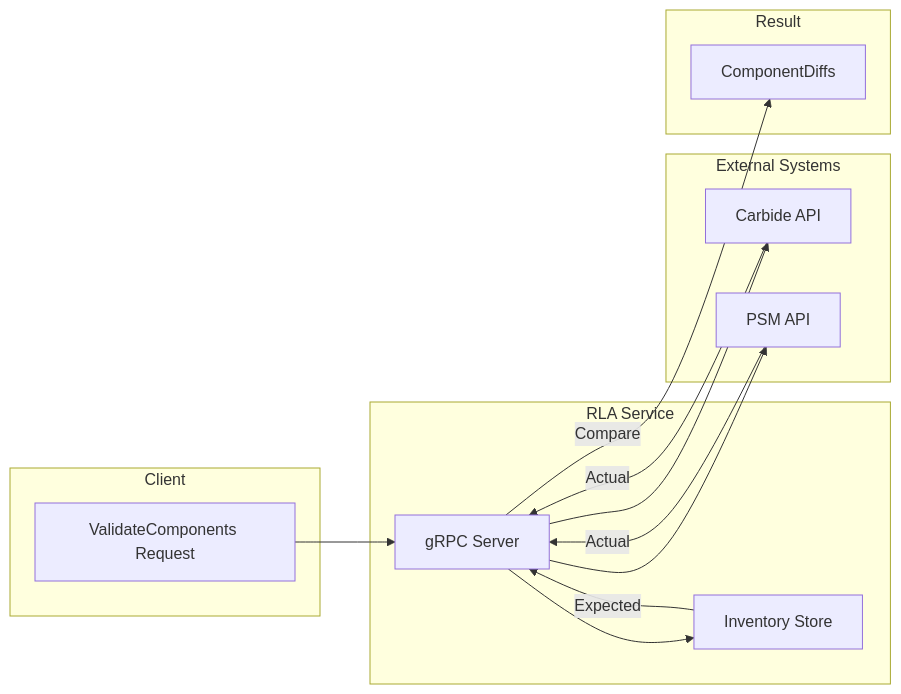
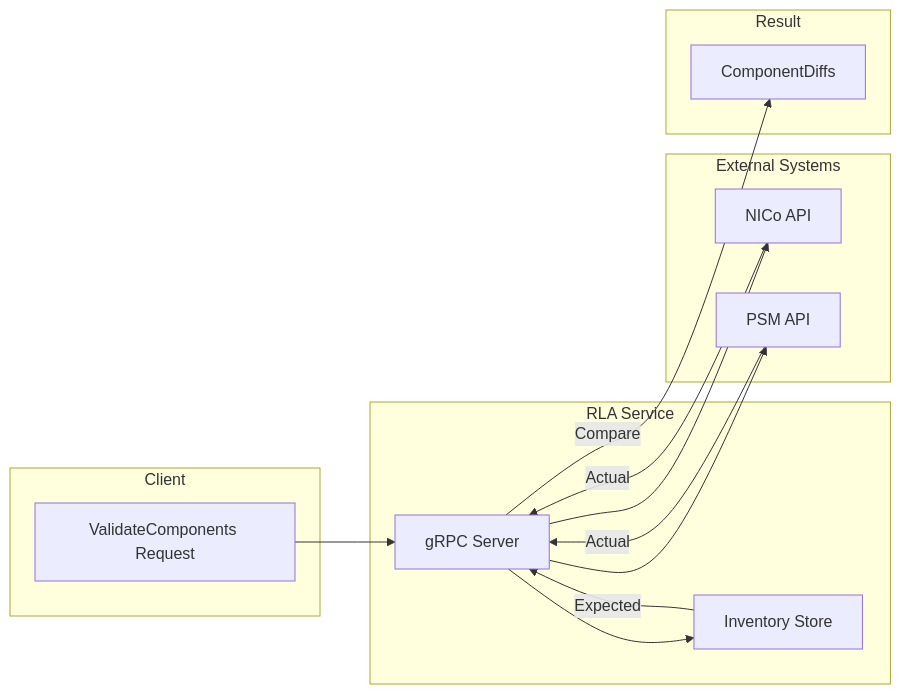
Before and after one commit to NVIDIA/ncx-infra-controller-rest: the third of 3 diagrams in rla/docs/rla-architecture.md, drawn with Mermaid. The commit also changed other lines of this file and 776 other files, not shown here.

First line of the commit message:
feat!: rename carbide/forge → NVIDIA Infrastructure Controller (NICo)

````diff
--- a/rla/docs/rla-architecture.md
+++ b/rla/docs/rla-architecture.md
@@ -416,29 +416,29 @@
 ```mermaid
 flowchart LR
     subgraph client [Client]
         req[ValidateComponents Request]
     end
 
     subgraph rla [RLA Service]
         server[gRPC Server]
         invStore[Inventory Store]
     end
 
     subgraph external [External Systems]
-        carbide[Carbide API]
+        nico[NICo API]
         psm[PSM API]
     end
 
     subgraph result [Result]
         diff[ComponentDiffs]
     end
 
     req --> server
     server --> invStore
     invStore -->|Expected| server
-    server --> carbide
+    server --> nico
     server --> psm
-    carbide -->|Actual| server
+    nico -->|Actual| server
     psm -->|Actual| server
     server -->|Compare| diff
 ```
````
